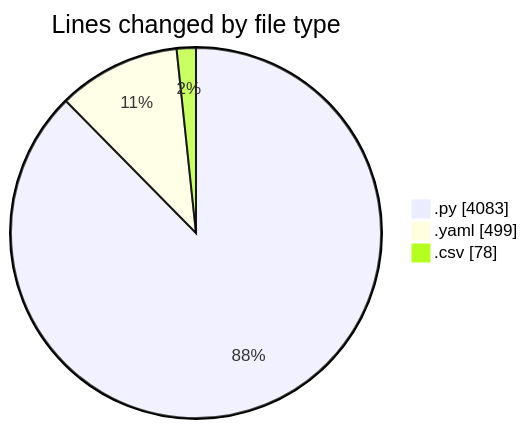
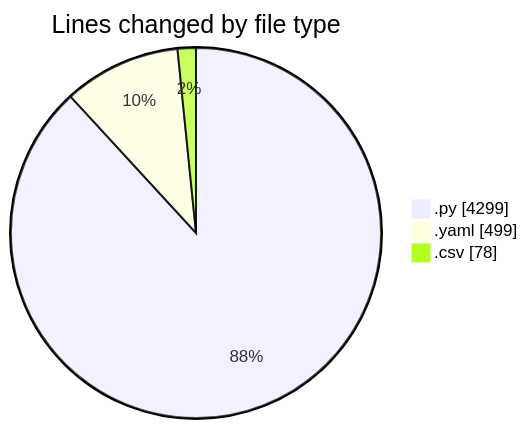
One commit to MatusMokan/code-tracking changed the first of 2 diagrams in 2025-03-01/myws__workspace_/README.md. Above: the diagram before and after it, drawn with Mermaid. The commit also changed other lines of this file and 1 other file, not shown here.

````diff
--- a/2025-03-01/myws__workspace_/README.md
+++ b/2025-03-01/myws__workspace_/README.md
@@ -31,7 +32,7 @@
 ```mermaid
 pie showData
 title Lines changed by file type
-".py" : 4083
+".py" : 4299
 ".yaml" : 499
 ".csv" : 78
 ```
````
